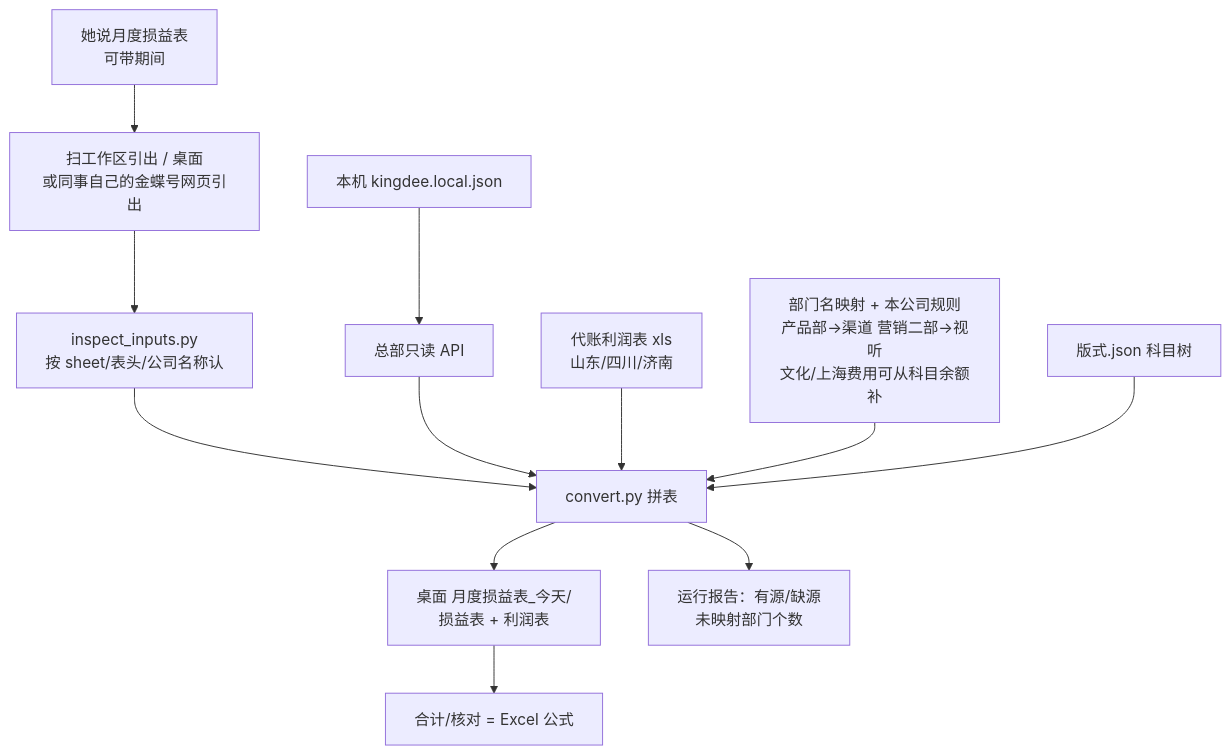
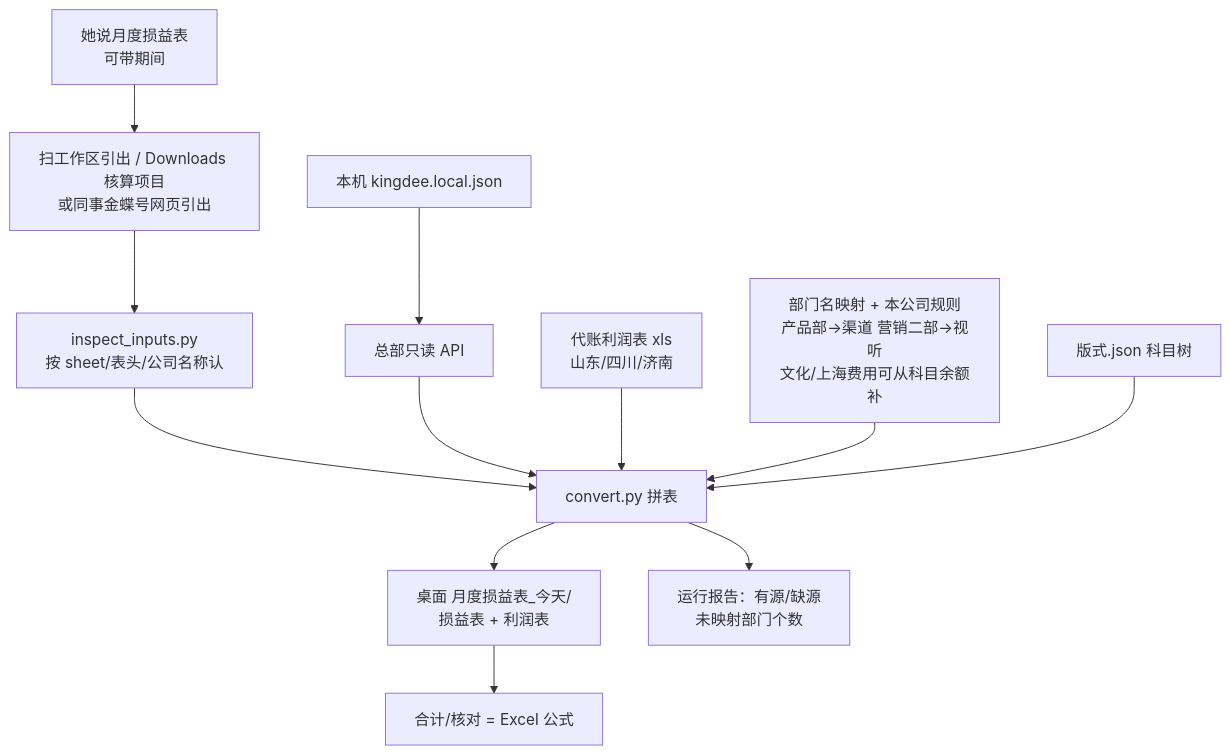
The diagram in skills/pl-dept-report/README.md (EvanLee2004/finance-skills), drawn with Mermaid before and after one commit. The commit also changed other lines of this file and 4 other files, not shown here.

````diff
--- a/skills/pl-dept-report/README.md
+++ b/skills/pl-dept-report/README.md
@@ -54,14 +54,14 @@
 ```mermaid
 flowchart TD
-  IN["她说月度损益表<br/>可带期间"] --> FIND["扫工作区引出 / 桌面<br/>或同事自己的金蝶号网页引出"]
+  IN["她说月度损益表<br/>可带期间"] --> FIND["扫工作区引出 / Downloads 核算项目<br/>或同事金蝶号网页引出"]
   FIND --> INS["inspect_inputs.py<br/>按 sheet/表头/公司名称认"]
   KEY["本机 kingdee.local.json"] --> API["总部只读 API"]
   INS --> MERGE["convert.py 拼表"]
   API --> MERGE
   OFF["代账利润表 xls<br/>山东/四川/济南"] --> MERGE
   MAP["部门名映射 + 本公司规则<br/>产品部→渠道 营销二部→视听<br/>文化/上海费用可从科目余额补"] --> MERGE
   LAY["版式.json 科目树"] --> MERGE
   MERGE --> X["桌面 月度损益表_今天/<br/>损益表 + 利润表"]
   MERGE --> R["运行报告：有源/缺源<br/>未映射部门个数"]
   X --> F["合计/核对 = Excel 公式"]
 ```
````
